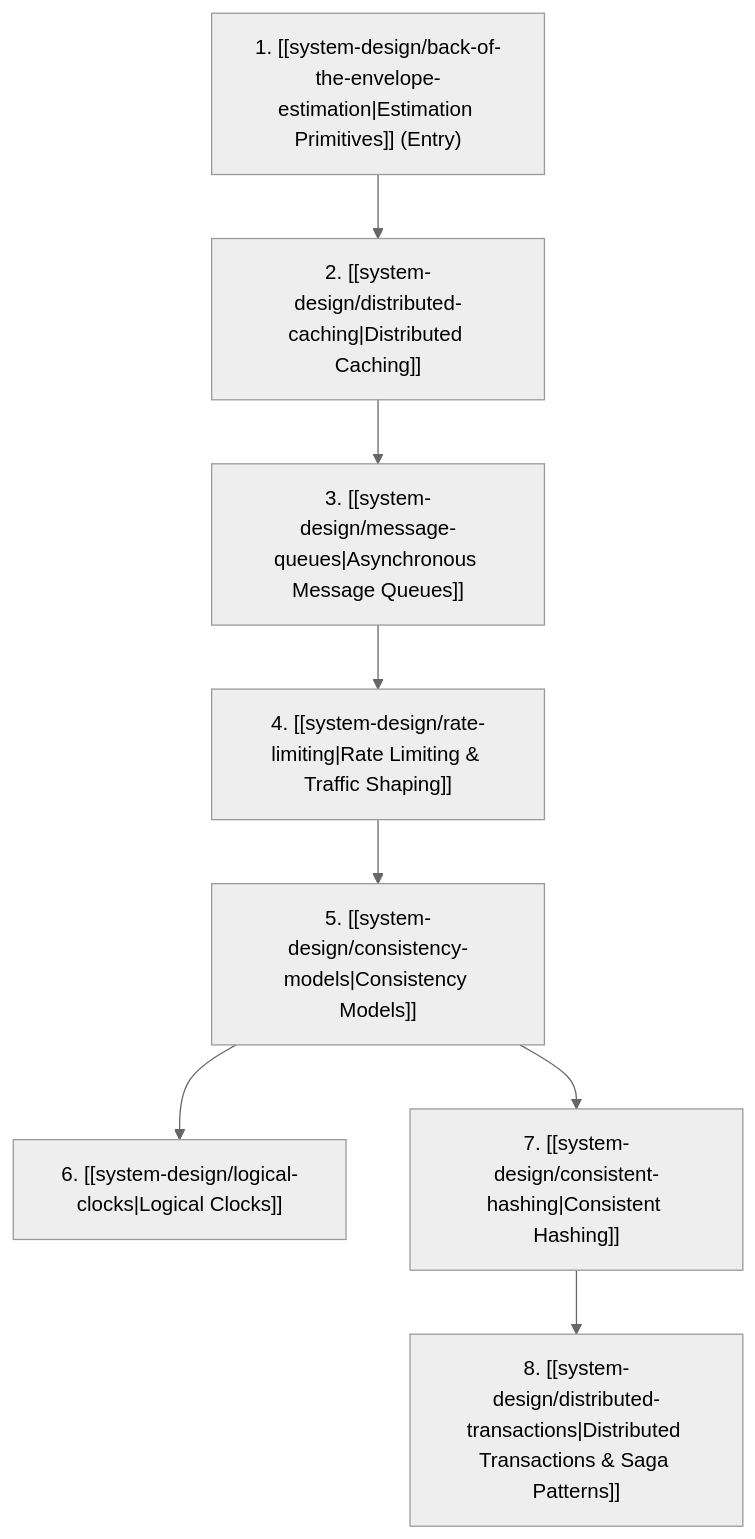
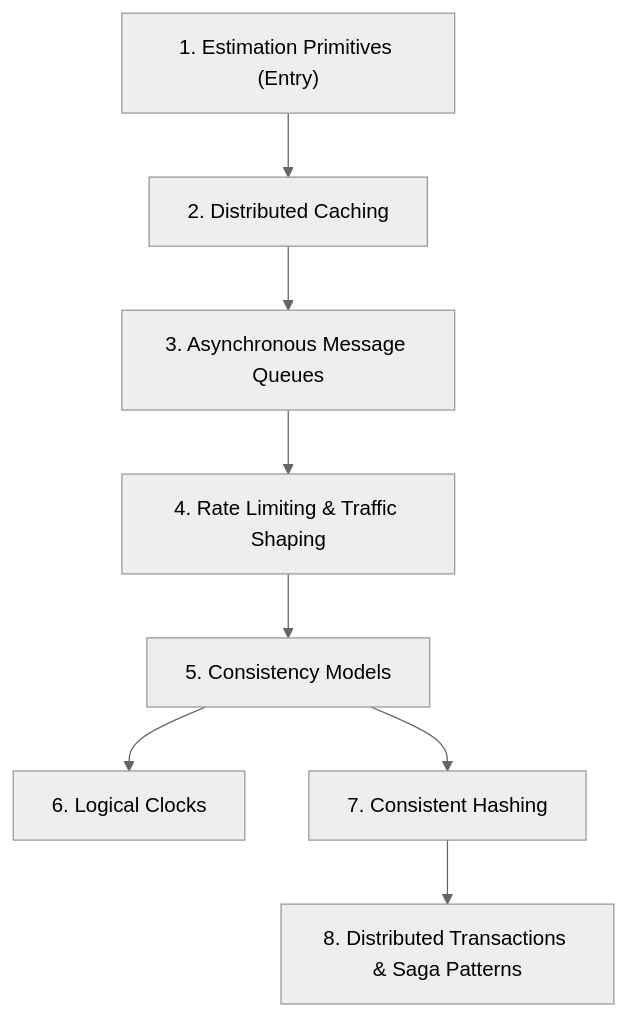
The diagram in sites/docs/src/content/docs/system-design/index.mdx (LOsioChico/knowledge-base), drawn with Mermaid (neutral theme) before and after one commit. The commit also changed 1 other file, not shown here.

Commit message:
fix(docs): replace raw wikilinks in Mermaid diagrams with plain labels
Mermaid doesn't understand [[slug|Label]] syntax — it renders the
brackets literally. Replace with plain text labels and add click
directives so nodes link to the actual pages.

Affected: effect-ts/index.mdx (15 nodes), system-design/index.mdx (8 nodes)

````diff
--- a/sites/docs/src/content/docs/system-design/index.mdx
+++ b/sites/docs/src/content/docs/system-design/index.mdx
@@ -36,10 +36,19 @@
 ```mermaid
 flowchart TD
-    EST["1. [[system-design/back-of-the-envelope-estimation|Estimation Primitives]] (Entry)"] --> CA["2. [[system-design/distributed-caching|Distributed Caching]]"]
-    CA --> MQ["3. [[system-design/message-queues|Asynchronous Message Queues]]"]
-    MQ --> RL["4. [[system-design/rate-limiting|Rate Limiting & Traffic Shaping]]"]
-    RL --> CM["5. [[system-design/consistency-models|Consistency Models]]"]
-    CM --> LC["6. [[system-design/logical-clocks|Logical Clocks]]"]
-    CM --> CH["7. [[system-design/consistent-hashing|Consistent Hashing]]"]
-    CH --> DT["8. [[system-design/distributed-transactions|Distributed Transactions & Saga Patterns]]"]
+    EST["1. Estimation Primitives (Entry)"] --> CA["2. Distributed Caching"]
+    CA --> MQ["3. Asynchronous Message Queues"]
+    MQ --> RL["4. Rate Limiting & Traffic Shaping"]
+    RL --> CM["5. Consistency Models"]
+    CM --> LC["6. Logical Clocks"]
+    CM --> CH["7. Consistent Hashing"]
+    CH --> DT["8. Distributed Transactions & Saga Patterns"]
+
+    click EST "/knowledge-base/system-design/back-of-the-envelope-estimation/"
+    click CA "/knowledge-base/system-design/distributed-caching/"
+    click MQ "/knowledge-base/system-design/message-queues/"
+    click RL "/knowledge-base/system-design/rate-limiting/"
+    click CM "/knowledge-base/system-design/consistency-models/"
+    click LC "/knowledge-base/system-design/logical-clocks/"
+    click CH "/knowledge-base/system-design/consistent-hashing/"
+    click DT "/knowledge-base/system-design/distributed-transactions/"
 ```
````
